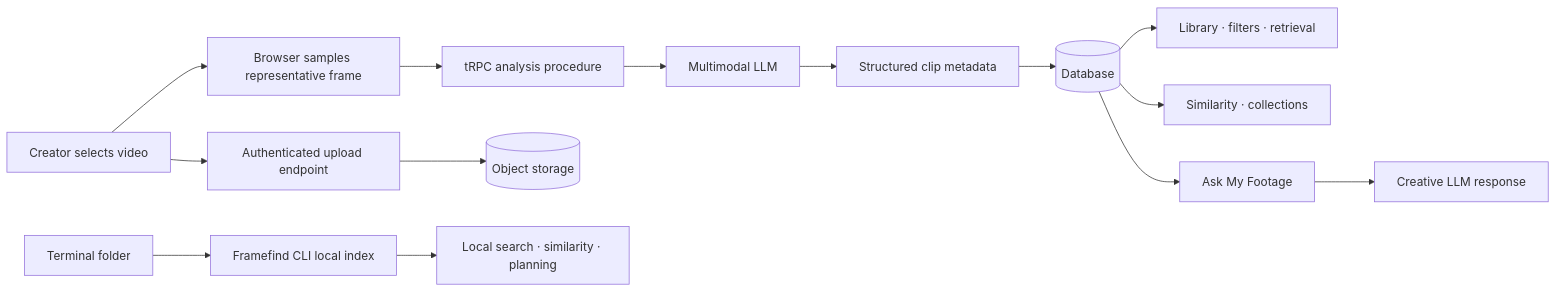
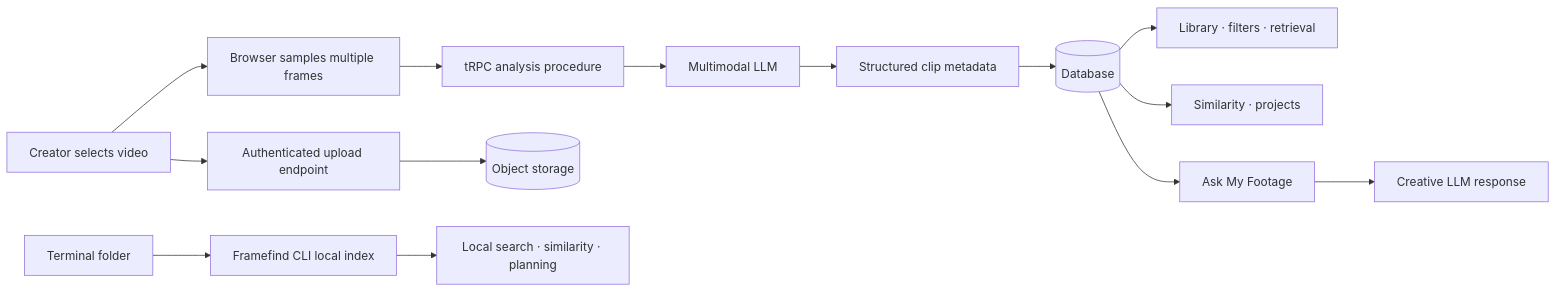
One commit to Mandyx22/ai-footage-organizer changed the diagram in README.md. Above: the diagram before and after it, drawn with Mermaid. The commit also changed other lines of this file and 27 other files, not shown here.

Commit message:
Merge Collections into Editing Projects

````diff
--- a/README.md
+++ b/README.md
@@ -24,16 +24,16 @@
 ```mermaid
 flowchart LR
-  A[Creator selects video] --> B[Browser samples representative frame]
+  A[Creator selects video] --> B[Browser samples multiple frames]
   B --> C[tRPC analysis procedure]
   C --> D[Multimodal LLM]
   D --> E[Structured clip metadata]
   E --> F[(Database)]
   A --> G[Authenticated upload endpoint]
   G --> H[(Object storage)]
   F --> I[Library · filters · retrieval]
-  F --> J[Similarity · collections]
+  F --> J[Similarity · projects]
   F --> K[Ask My Footage]
   K --> L[Creative LLM response]
   M[Terminal folder] --> N[Framefind CLI local index]
   N --> O[Local search · similarity · planning]
 ```
````
